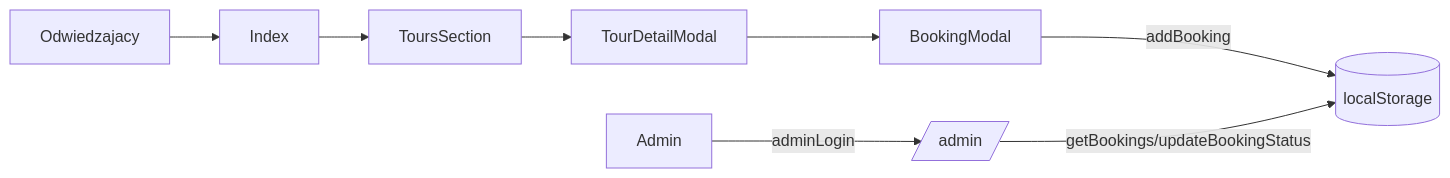
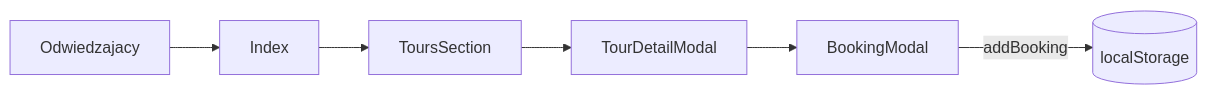
The diagram in docs/ARCHITECTURE.md (kamiljan11/iceland-escape-showcase), drawn with Mermaid before and after one commit. The commit also changed other lines of this file and 6 other files, not shown here.

First line of the commit message:
refactor(demo): remove the simulated admin panel and its fake login (#6)

````diff
--- a/docs/ARCHITECTURE.md
+++ b/docs/ARCHITECTURE.md
@@ -33,7 +32,5 @@
 ```mermaid
 flowchart LR
   U[Odwiedzajacy] --> Index --> Tours[ToursSection] --> TDM[TourDetailModal]
   TDM --> BM[BookingModal] -- addBooking --> LS[(localStorage)]
-  A[Admin] -- adminLogin --> Panel[/admin/]
-  Panel -- getBookings/updateBookingStatus --> LS
 ```
````
